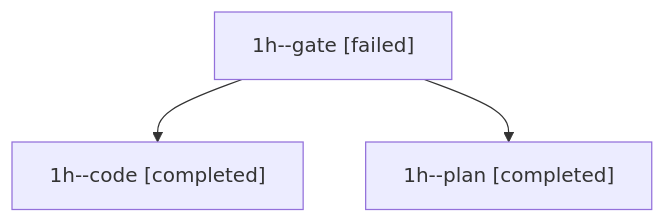
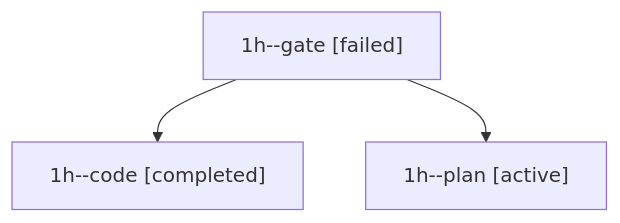
Before and after one commit to sase-org/sase--agents: the diagram in families/bbugyi200.apollo.1h.md, drawn with Mermaid. The commit also changed other lines of this file and 150 other files, not shown here.

````diff
--- a/families/bbugyi200.apollo.1h.md
+++ b/families/bbugyi200.apollo.1h.md
@@ -9,8 +9,8 @@
 ```mermaid
 flowchart TD
   n0["1h--gate [failed]"]
   n1["1h--code [completed]"]
   n0 --> n1
-  n2["1h--plan [completed]"]
+  n2["1h--plan [active]"]
   n0 --> n2
 ```
````
